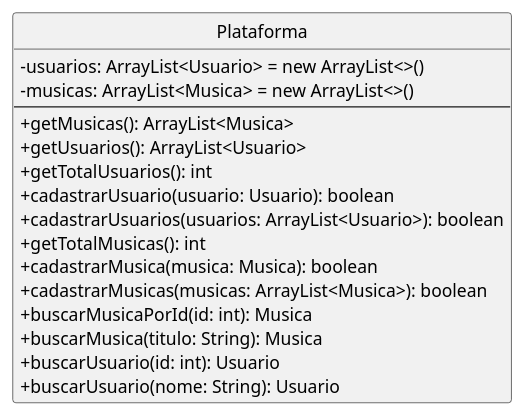
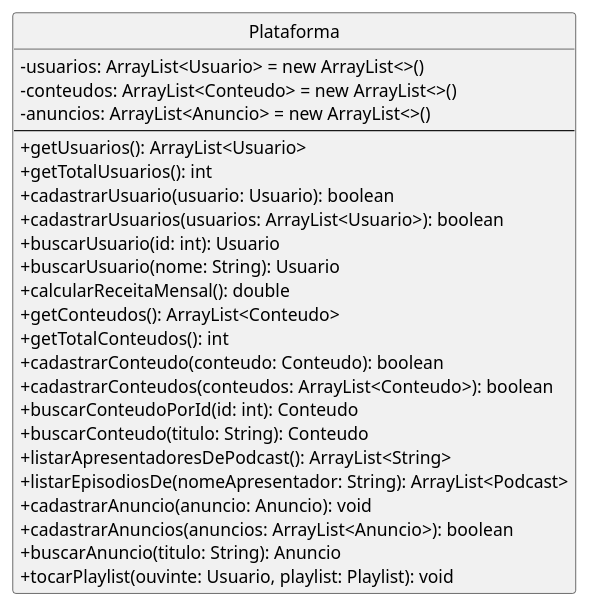
Before and after one commit to viictor-h-amaral/FaculBCC: the diagram in docs/pumls/models/Plataforma.puml, drawn with PlantUML. The commit also changed other lines of this file and 10 other files, not shown here.

Commit message:
Ajuste do diagrama de classes (final) de display do projeto. Apenas arquivos .puml

```diff
--- a/docs/pumls/models/Plataforma.puml
+++ b/docs/pumls/models/Plataforma.puml
@@ -6,23 +6,31 @@
-@startuml "Plataforma class"
+@startuml
 skinparam classAttributeIconSize 0
 hide circle
 
 class Plataforma {
   -usuarios: ArrayList<Usuario> = new ArrayList<>()
-  -musicas: ArrayList<Musica> = new ArrayList<>()
+  -conteudos: ArrayList<Conteudo> = new ArrayList<>()
+  -anuncios: ArrayList<Anuncio> = new ArrayList<>()
   --
-  +getMusicas(): ArrayList<Musica>
   +getUsuarios(): ArrayList<Usuario>
   +getTotalUsuarios(): int
   +cadastrarUsuario(usuario: Usuario): boolean
   +cadastrarUsuarios(usuarios: ArrayList<Usuario>): boolean
-  +getTotalMusicas(): int
-  +cadastrarMusica(musica: Musica): boolean
-  +cadastrarMusicas(musicas: ArrayList<Musica>): boolean
-  +buscarMusicaPorId(id: int): Musica
-  +buscarMusica(titulo: String): Musica
   +buscarUsuario(id: int): Usuario
   +buscarUsuario(nome: String): Usuario
+  +calcularReceitaMensal(): double
+  +getConteudos(): ArrayList<Conteudo>
+  +getTotalConteudos(): int
+  +cadastrarConteudo(conteudo: Conteudo): boolean
+  +cadastrarConteudos(conteudos: ArrayList<Conteudo>): boolean
+  +buscarConteudoPorId(id: int): Conteudo
+  +buscarConteudo(titulo: String): Conteudo
+  +listarApresentadoresDePodcast(): ArrayList<String>
+  +listarEpisodiosDe(nomeApresentador: String): ArrayList<Podcast>
+  +cadastrarAnuncio(anuncio: Anuncio): void
+  +cadastrarAnuncios(anuncios: ArrayList<Anuncio>): boolean
+  +buscarAnuncio(titulo: String): Anuncio
+  +tocarPlaylist(ouvinte: Usuario, playlist: Playlist): void
 }
 
 @enduml
```
